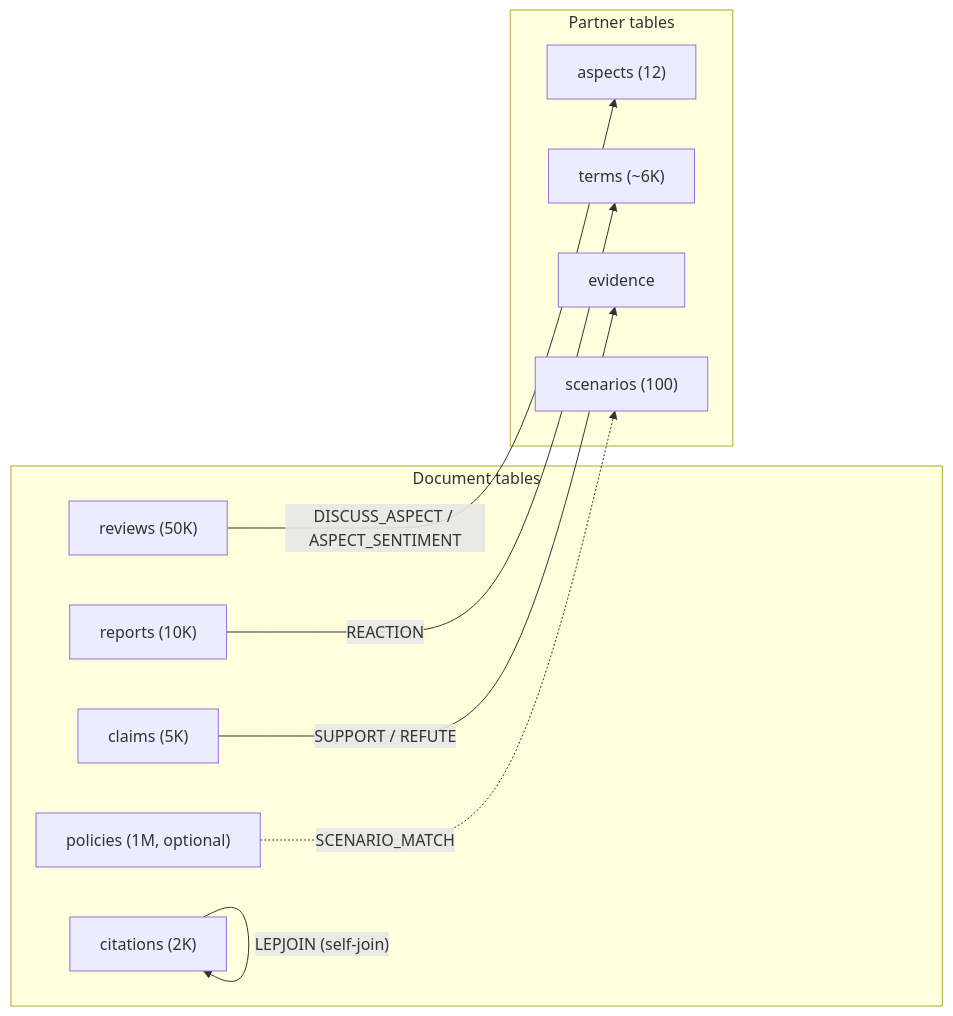
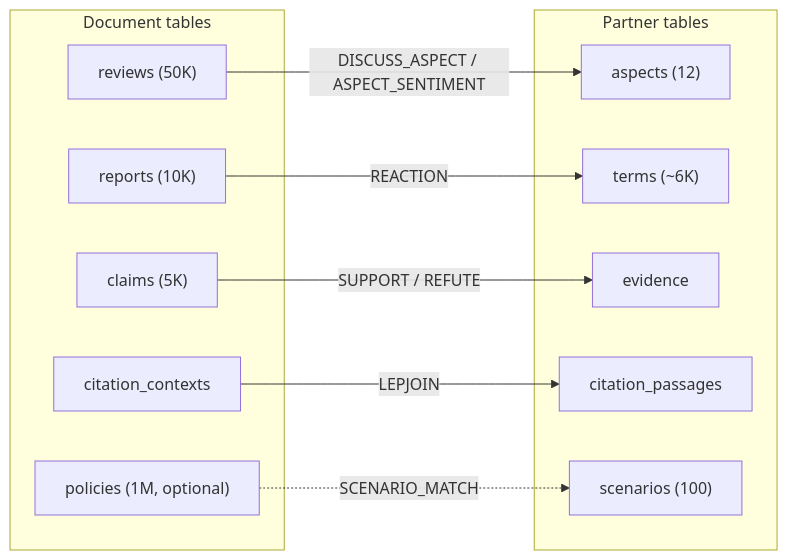
Before and after one commit to fsdatalab/quail: the diagram in reports/engine-wiki.md, drawn with Mermaid. The commit also changed other lines of this file and 105 other files, not shown here.

````diff
--- a/reports/engine-wiki.md
+++ b/reports/engine-wiki.md
@@ -1035,21 +1197,22 @@
 ```mermaid
 graph LR
     subgraph Document tables
         reviews["reviews (50K)"]
         reports["reports (10K)"]
         claims["claims (5K)"]
-        citations["citations (2K)"]
+        citation_contexts["citation_contexts"]
         policies["policies (1M, optional)"]
     end
     subgraph Partner tables
         aspects["aspects (12)"]
         terms["terms (~6K)"]
         evidence["evidence"]
+        citation_passages["citation_passages"]
         scenarios["scenarios (100)"]
     end
     reviews -- "DISCUSS_ASPECT / ASPECT_SENTIMENT" --> aspects
     reports -- "REACTION" --> terms
     claims -- "SUPPORT / REFUTE" --> evidence
-    citations -- "LEPJOIN (self-join)" --> citations
+    citation_contexts -- "LEPJOIN" --> citation_passages
     policies -. "SCENARIO_MATCH" .-> scenarios
 ```
````
